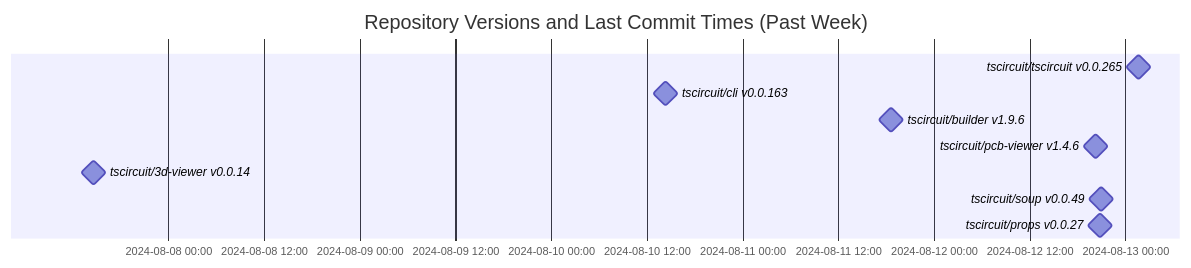
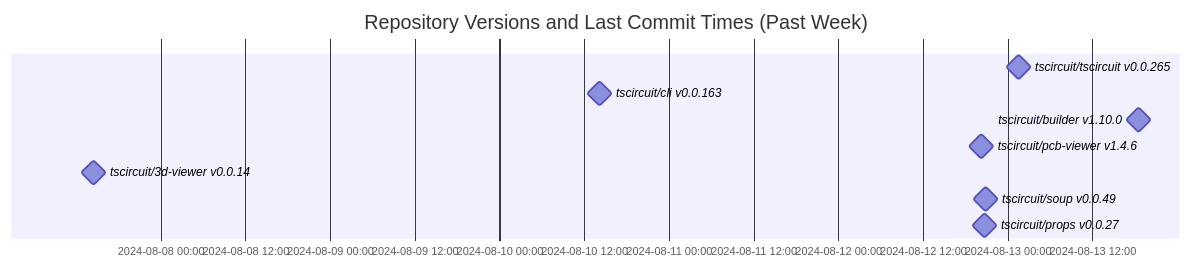
One commit to tscircuit/version-tracker changed the diagram in README.md. Above: the diagram before and after it, drawn with Mermaid.

Commit message:
Update chart

````diff
--- a/README.md
+++ b/README.md
@@ -1,14 +1,14 @@
 ```mermaid
 gantt
   dateFormat  YYYY-MM-DD HH:mm:ss
   title Repository Versions and Last Commit Times (Past Week)
   axisFormat %Y-%m-%d %H:%M
 
   tscircuit/tscircuit v0.0.265 : milestone, 2024-08-13 01:36:49, 1s
   tscircuit/cli v0.0.163 : milestone, 2024-08-10 14:15:28, 1s
-  tscircuit/builder v1.9.6 : milestone, 2024-08-11 18:31:00, 1s
+  tscircuit/builder v1.10.0 : milestone, 2024-08-13 18:36:04, 1s
   tscircuit/pcb-viewer v1.4.6 : milestone, 2024-08-12 20:14:33, 1s
   tscircuit/3d-viewer v0.0.14 : milestone, 2024-08-07 14:34:01, 1s
   tscircuit/soup v0.0.49 : milestone, 2024-08-12 20:59:08, 1s
   tscircuit/props v0.0.27 : milestone, 2024-08-12 20:48:48, 1s
 ```
````
